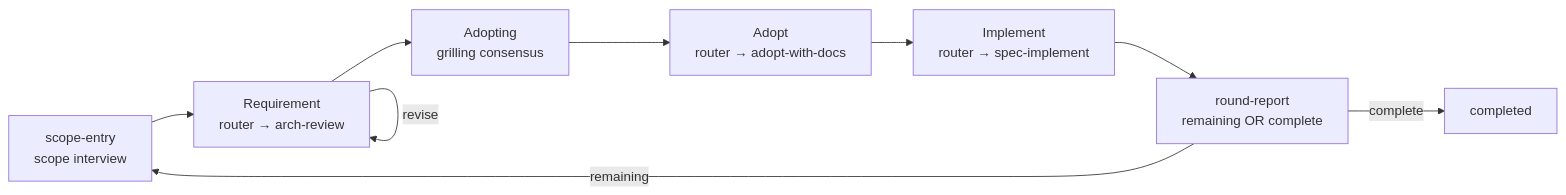
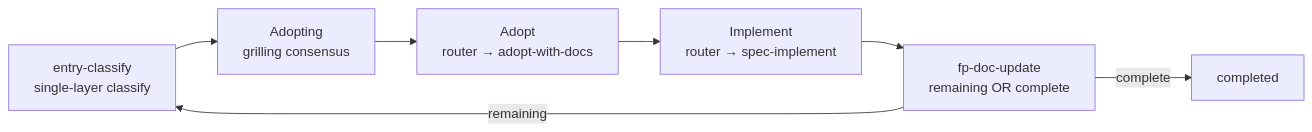
The first of 3 diagrams in README.md (makara/ai-atomic-workflow), drawn with Mermaid before and after one commit. The commit also changed other lines of this file and 74 other files, not shown here.

Commit message:
feat: agentic-graphjs v0.1.0

````diff
--- a/README.md
+++ b/README.md
@@ -53,11 +56,9 @@
 ```mermaid
 graph LR
-   SCOPE[scope-entry<br/>scope interview] --> REQ[Requirement<br/>router → arch-review]
-   REQ -->|revise| REQ
-   REQ --> GRILL[Adopting<br/>grilling consensus]
+   CLS[entry-classify<br/>single-layer classify] --> GRILL[Adopting<br/>grilling consensus]
    GRILL --> ADOPT[Adopt<br/>router → adopt-with-docs]
    ADOPT --> IMPL[Implement<br/>router → spec-implement]
-   IMPL --> ROUND[round-report<br/>remaining OR complete]
-   ROUND -->|remaining| SCOPE
-   ROUND -->|complete| DONE[completed]
+   IMPL --> FP[fp-doc-update<br/>remaining OR complete]
+   FP -->|remaining| CLS
+   FP -->|complete| DONE[completed]
 ```
````
